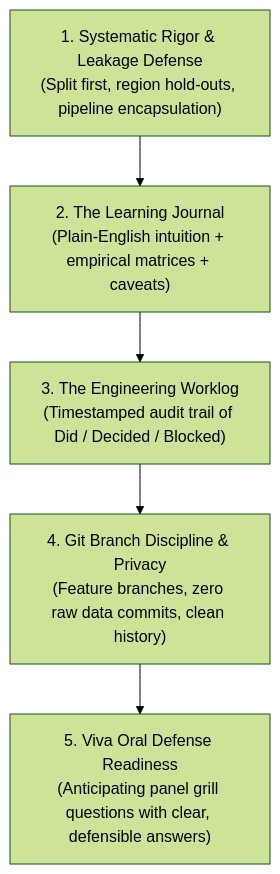
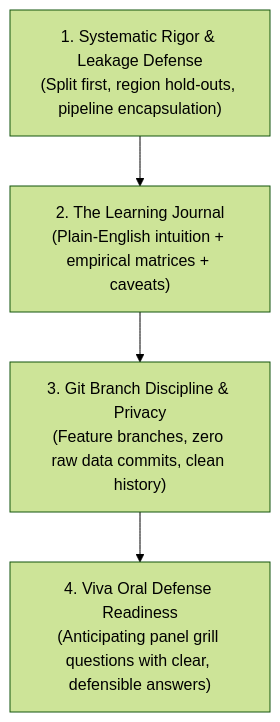
The diagram in METHODOLOGY_GUIDE.md (ASU-MICS-2028/mle-group-3-prosit-1), drawn with Mermaid (forest theme) before and after one commit. The commit also changed other lines of this file and 5 other files, not shown here.

First line of the commit message:
docs: remove the worklog and its references from my branch

````diff
--- a/METHODOLOGY_GUIDE.md
+++ b/METHODOLOGY_GUIDE.md
@@ -27,8 +27,7 @@
 ```mermaid
 flowchart TD
     A["1. Systematic Rigor & Leakage Defense\n(Split first, region hold-outs, pipeline encapsulation)"] --> B["2. The Learning Journal\n(Plain-English intuition + empirical matrices + caveats)"]
-    B --> C["3. The Engineering Worklog\n(Timestamped audit trail of Did / Decided / Blocked)"]
-    C --> D["4. Git Branch Discipline & Privacy\n(Feature branches, zero raw data commits, clean history)"]
-    E["5. Viva Oral Defense Readiness\n(Anticipating panel grill questions with clear, defensible answers)"]
+    B --> D["3. Git Branch Discipline & Privacy\n(Feature branches, zero raw data commits, clean history)"]
+    E["4. Viva Oral Defense Readiness\n(Anticipating panel grill questions with clear, defensible answers)"]
     D --> E
 ```
````
